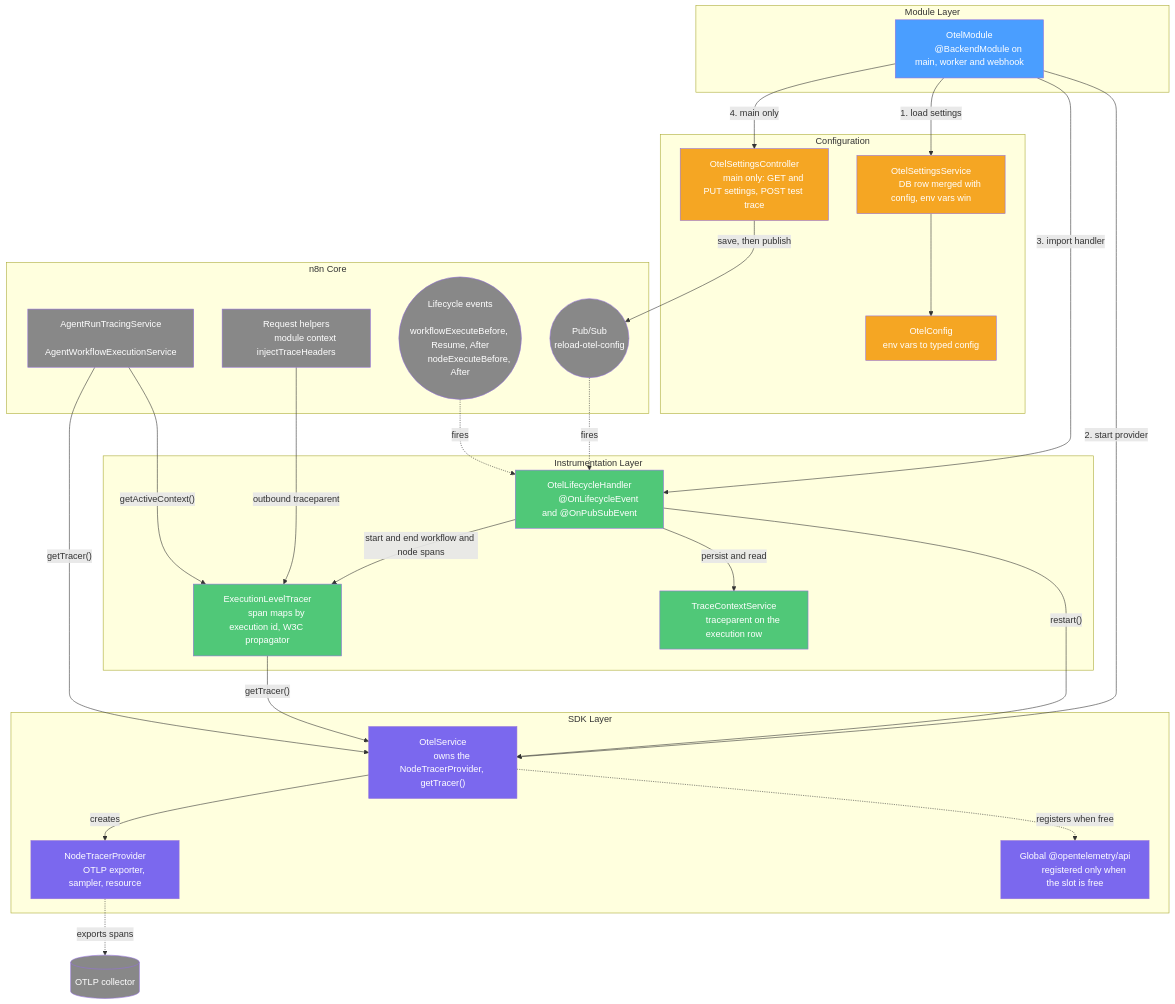
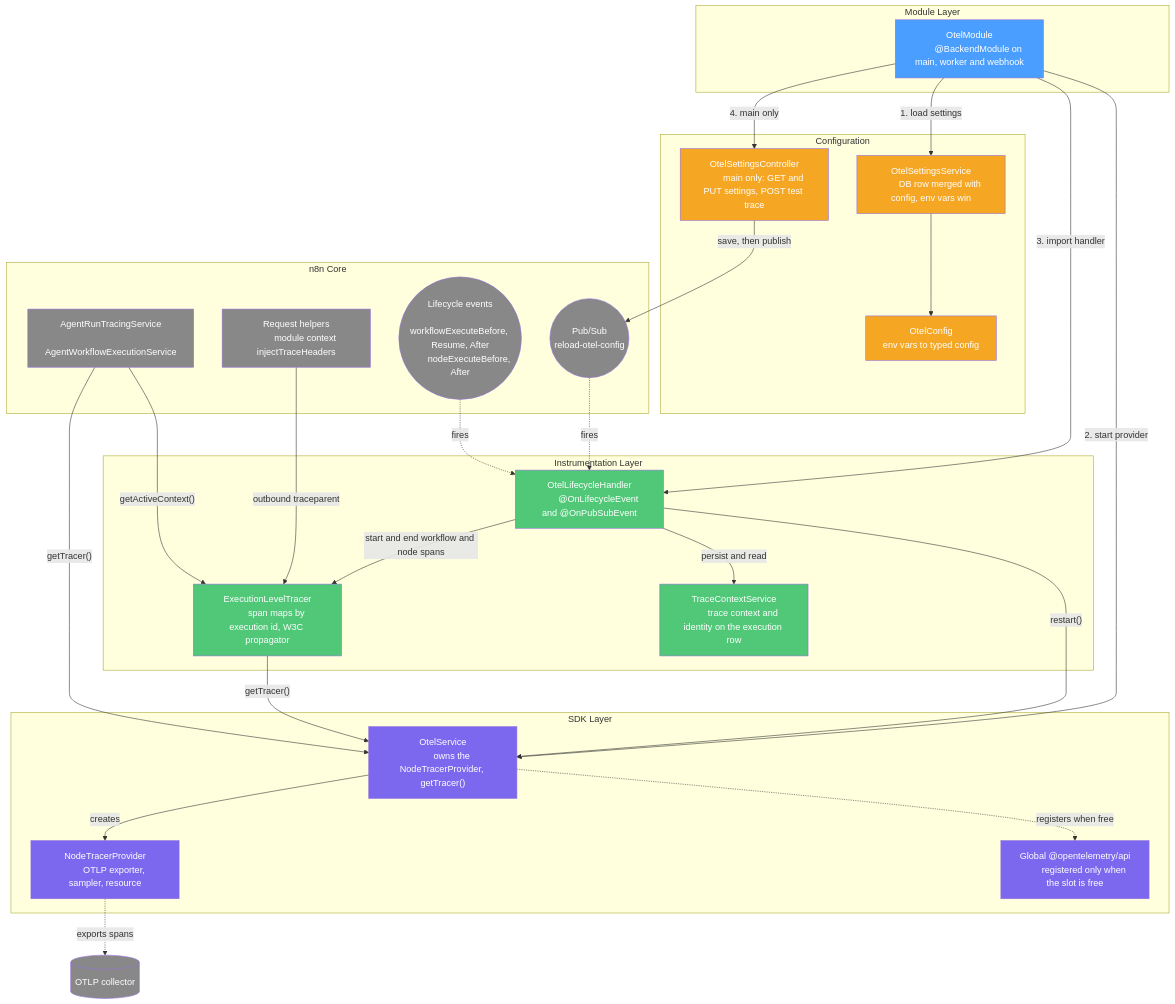
The diagram in mirrors/repos/n8n-io@n8n/packages/cli/src/modules/otel/README.md (gabrielmoreira/agent-skills-mirror), drawn with Mermaid before and after one commit. The commit also changed other lines of this file and 4262 other files, not shown here.

````diff
--- a/mirrors/repos/n8n-io@n8n/packages/cli/src/modules/otel/README.md
+++ b/mirrors/repos/n8n-io@n8n/packages/cli/src/modules/otel/README.md
@@ -44,80 +91,80 @@
 ```mermaid
 graph TD
     subgraph Module Layer
         MOD["OtelModule
         @BackendModule on main, worker and webhook"]
     end
 
     subgraph Configuration
         CFG["OtelConfig
         env vars to typed config"]
         SET["OtelSettingsService
         DB row merged with config, env vars win"]
         CTRL["OtelSettingsController
         main only: GET and PUT settings, POST test trace"]
     end
 
     subgraph SDK Layer
         SVC["OtelService
         owns the NodeTracerProvider, getTracer()"]
         SDK["NodeTracerProvider
         OTLP exporter, sampler, resource"]
         API["Global @opentelemetry/api
         registered only when the slot is free"]
     end
 
     subgraph Instrumentation Layer
         LCH["OtelLifecycleHandler
         @OnLifecycleEvent and @OnPubSubEvent"]
         ELT["ExecutionLevelTracer
         span maps by execution id, W3C propagator"]
         TCS["TraceContextService
-        traceparent on the execution row"]
+        trace context and identity on the execution row"]
     end
 
     subgraph n8n Core
         LC(("Lifecycle events
         workflowExecuteBefore, Resume, After
         nodeExecuteBefore, After"))
         PUB(("Pub/Sub
         reload-otel-config"))
         REQ["Request helpers
         module context injectTraceHeaders"]
         AGT["AgentRunTracingService
         AgentWorkflowExecutionService"]
     end
 
     COL[("OTLP collector")]
 
     MOD -- "1. load settings" --> SET
     SET --> CFG
     MOD -- "2. start provider" --> SVC
     SVC -- "creates" --> SDK
     SVC -. "registers when free" .-> API
     MOD -- "3. import handler" --> LCH
     MOD -- "4. main only" --> CTRL
     CTRL -- "save, then publish" --> PUB
     PUB -. "fires" .-> LCH
     LCH -- "restart()" --> SVC
 
     LC -. "fires" .-> LCH
     LCH -- "start and end workflow and node spans" --> ELT
     LCH -- "persist and read" --> TCS
     ELT -- "getTracer()" --> SVC
     REQ -- "outbound traceparent" --> ELT
     AGT -- "getActiveContext()" --> ELT
     AGT -- "getTracer()" --> SVC
     SDK -. "exports spans" .-> COL
 
     classDef module fill:#4a9eff,color:#fff
     classDef config fill:#f5a623,color:#fff
     classDef sdk fill:#7b68ee,color:#fff
     classDef inst fill:#50c878,color:#fff
     classDef core fill:#888,color:#fff
 
     class MOD module
     class CFG,SET,CTRL config
     class SVC,SDK,API sdk
     class LCH,ELT,TCS inst
     class LC,PUB,REQ,AGT,COL core
 ```
````
